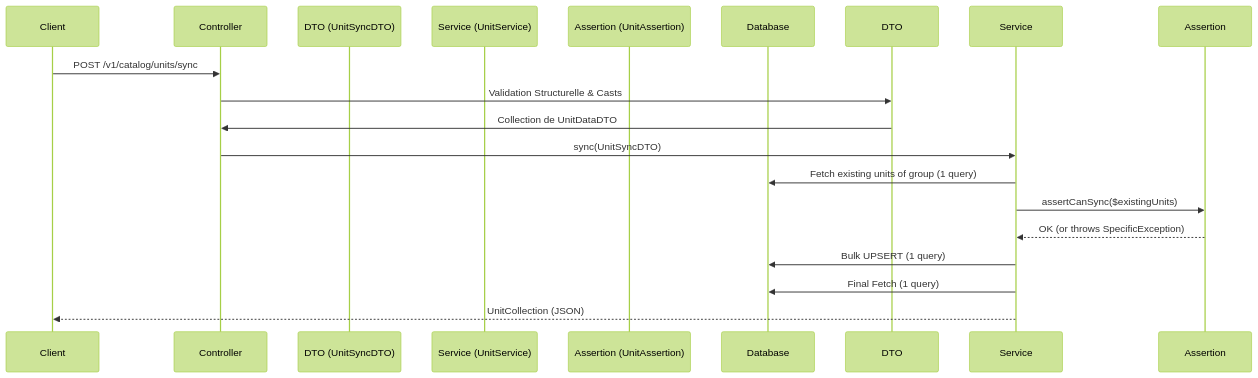
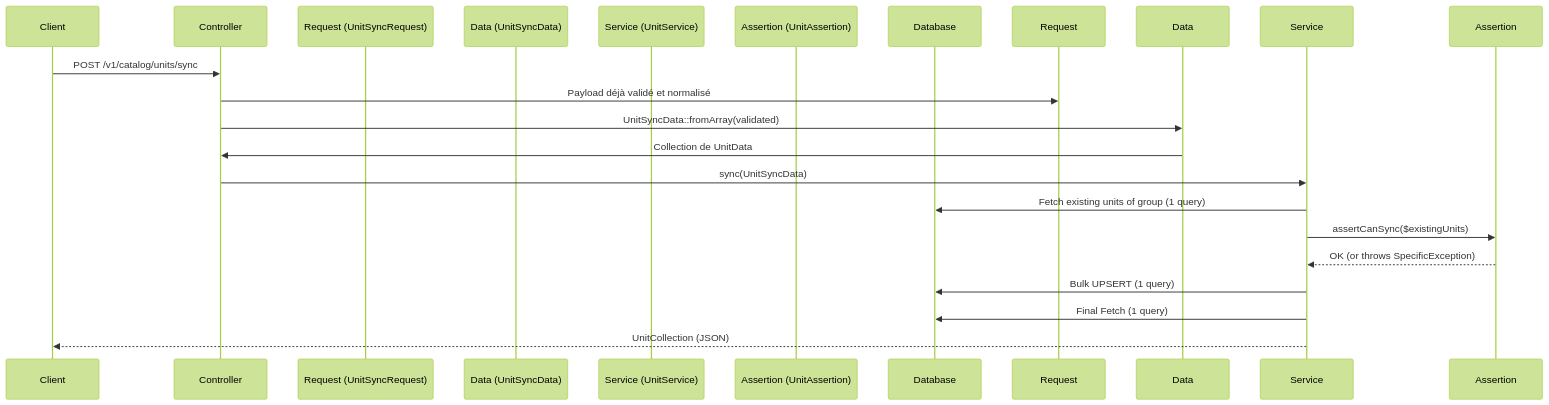
Before and after one commit to Tresor091005/my-api-boilerplate: the diagram in docs/features/catalog-units.md, drawn with Mermaid (forest theme). The commit also changed other lines of this file and 175 other files, not shown here.

Commit message:
refactor: separate form requests from service data

````diff
--- a/docs/features/catalog-units.md
+++ b/docs/features/catalog-units.md
@@ -9,20 +9,22 @@
 ```mermaid
 sequenceDiagram
     participant Client
     participant Controller
-    participant DTO (UnitSyncDTO)
+    participant Request (UnitSyncRequest)
+    participant Data (UnitSyncData)
     participant Service (UnitService)
     participant Assertion (UnitAssertion)
     participant Database
 
     Client->>Controller: POST /v1/catalog/units/sync
-    Controller->>DTO: Validation Structurelle & Casts
-    DTO->>Controller: Collection de UnitDataDTO
-    Controller->>Service: sync(UnitSyncDTO)
+    Controller->>Request: Payload déjà validé et normalisé
+    Controller->>Data: UnitSyncData::fromArray(validated)
+    Data->>Controller: Collection de UnitData
+    Controller->>Service: sync(UnitSyncData)
     Service->>Database: Fetch existing units of group (1 query)
     Service->>Assertion: assertCanSync($existingUnits)
     Assertion-->>Service: OK (or throws SpecificException)
     Service->>Database: Bulk UPSERT (1 query)
     Service->>Database: Final Fetch (1 query)
     Service-->>Client: UnitCollection (JSON)
 ```
````
